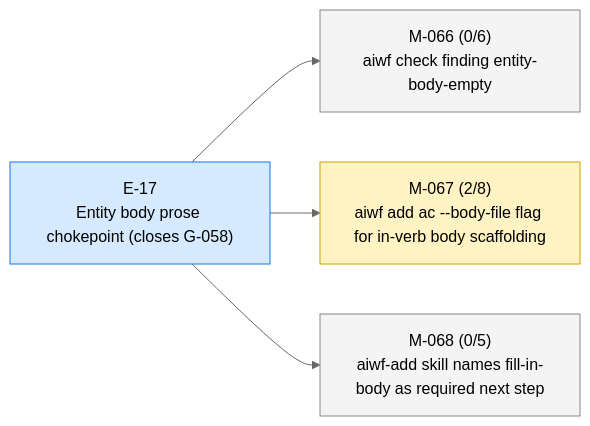
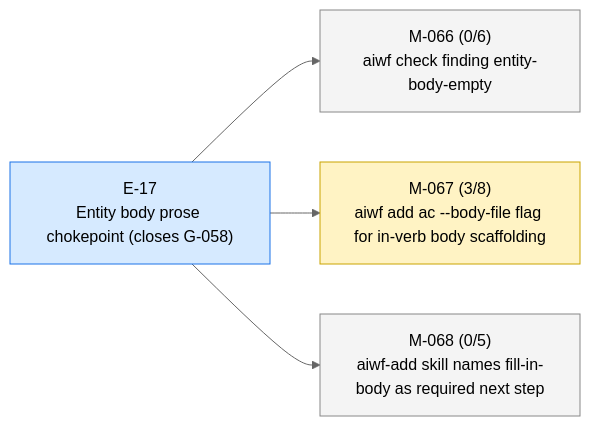
One commit to 23min/aiwf changed the first of 4 diagrams in STATUS.md. Above: the diagram before and after it, drawn with Mermaid (neutral theme). The commit also changed other lines of this file and 1 other file, not shown here.

First line of the commit message:
aiwf promote M-067/AC-3 open -> met

````diff
--- a/STATUS.md
+++ b/STATUS.md
@@ -13,16 +13,16 @@
 ```mermaid
 flowchart LR
   E_17["E-17<br/>Entity body prose chokepoint (closes G-058)"]:::epic_active
   M_066["M-066 (0/6)<br/>aiwf check finding entity-body-empty"]:::ms_draft
   E_17 --> M_066
-  M_067["M-067 (2/8)<br/>aiwf add ac --body-file flag for in-verb body scaffolding"]:::ms_in_progress
+  M_067["M-067 (3/8)<br/>aiwf add ac --body-file flag for in-verb body scaffolding"]:::ms_in_progress
   E_17 --> M_067
   M_068["M-068 (0/5)<br/>aiwf-add skill names fill-in-body as required next step"]:::ms_draft
   E_17 --> M_068
   classDef epic_active fill:#d6eaff,stroke:#1a73e8,color:#000
   classDef epic_proposed fill:#f4f4f4,stroke:#888,color:#000
   classDef ms_done fill:#d8f5d8,stroke:#2a8a2a,color:#000
   classDef ms_in_progress fill:#fff3c4,stroke:#caa400,color:#000
   classDef ms_draft fill:#f4f4f4,stroke:#888,color:#000
   classDef ms_cancelled fill:#fbeaea,stroke:#c33,color:#000
 ```
````
